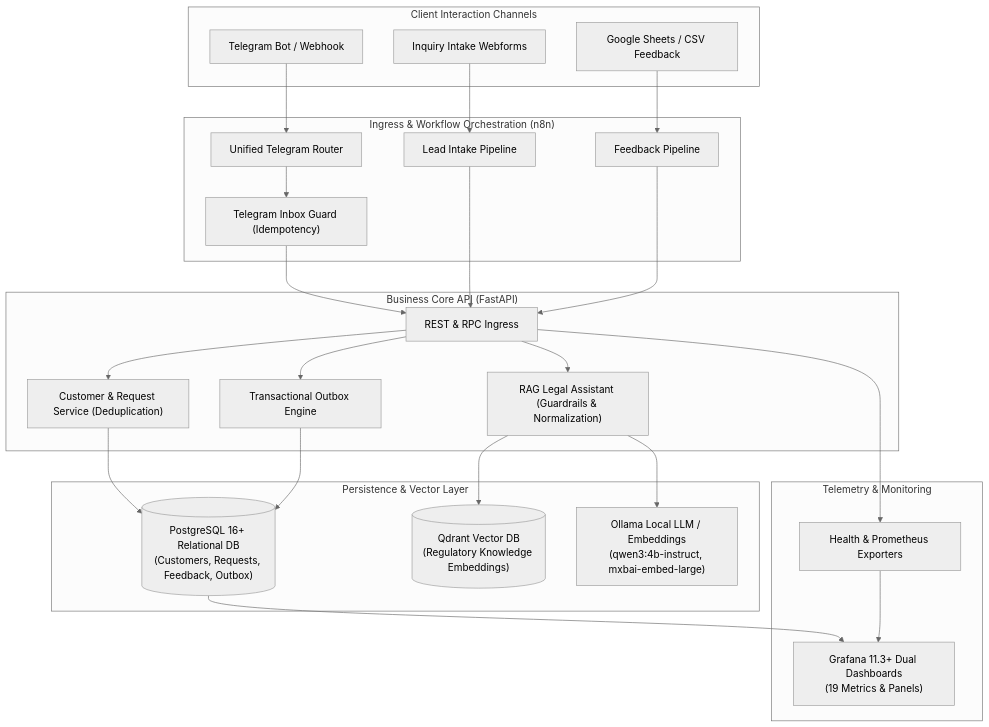
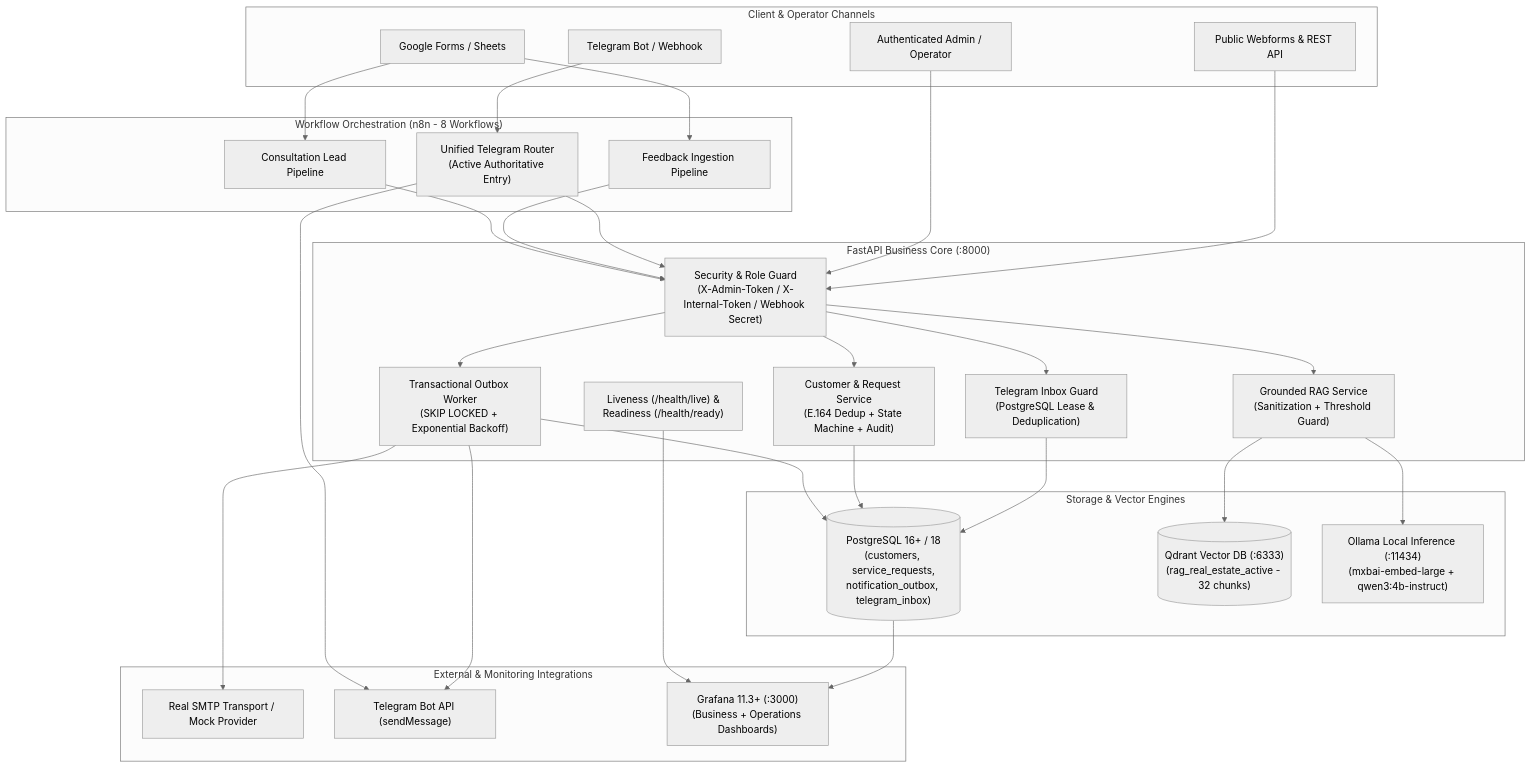
Before and after one commit to Eclipse-XS/rentkom-smart-enterprise: the diagram in README.md, drawn with Mermaid (neutral theme). The commit also changed other lines of this file and 21 other files, not shown here.

Commit message:
feat(ops): add readiness probe, PostgreSQL backup/restore verification, multi-stage CI, and audit reports

````diff
--- a/README.md
+++ b/README.md
@@ -35,53 +40,63 @@
 ```mermaid
 flowchart TD
-    subgraph Channels["Client Interaction Channels"]
+    subgraph Channels["Client & Operator Channels"]
         TG["Telegram Bot / Webhook"]
-        WEB["Inquiry Intake Webforms"]
-        SHEETS["Google Sheets / CSV Feedback"]
+        WEB["Public Webforms & REST API"]
+        SHEETS["Google Forms / Sheets"]
+        ADMIN["Authenticated Admin / Operator"]
     end
 
-    subgraph Ingress["Ingress & Workflow Orchestration (n8n)"]
-        UR["Unified Telegram Router"]
-        GUARD["Telegram Inbox Guard (Idempotency)"]
-        FBF["Feedback Pipeline"]
-        FORMS["Lead Intake Pipeline"]
+    subgraph Orchestration["Workflow Orchestration (n8n - 8 Workflows)"]
+        UR["Unified Telegram Router\n(Active Authoritative Entry)"]
+        FBF["Feedback Ingestion Pipeline"]
+        INTAKE["Consultation Lead Pipeline"]
     end
 
-    subgraph Core["Business Core API (FastAPI)"]
-        API["REST & RPC Ingress"]
-        REQ_SVC["Customer & Request Service (Deduplication)"]
-        OUT_SVC["Transactional Outbox Engine"]
-        RAG_SVC["RAG Legal Assistant (Guardrails & Normalization)"]
+    subgraph Core["FastAPI Business Core (:8000)"]
+        SEC["Security & Role Guard\n(X-Admin-Token / X-Internal-Token / Webhook Secret)"]
+        INBOX["Telegram Inbox Guard\n(PostgreSQL Lease & Deduplication)"]
+        REQ_SVC["Customer & Request Service\n(E.164 Dedup + State Machine + Audit)"]
+        OUT_SVC["Transactional Outbox Worker\n(SKIP LOCKED + Exponential Backoff)"]
+        RAG_SVC["Grounded RAG Service\n(Sanitization + Threshold Guard)"]
+        HEALTH["Liveness (/health/live) &\nReadiness (/health/ready)"]
     end
 
-    subgraph Storage["Persistence & Vector Layer"]
-        PG[("PostgreSQL 16+ Relational DB\n(Customers, Requests, Feedback, Outbox)")]
-        QDRANT[("Qdrant Vector DB\n(Regulatory Knowledge Embeddings)")]
-        OLLAMA["Ollama Local LLM / Embeddings\n(qwen3:4b-instruct, mxbai-embed-large)"]
+    subgraph Persistence["Storage & Vector Engines"]
+        PG[("PostgreSQL 16+ / 18\n(customers, service_requests,\nnotification_outbox, telegram_inbox)")]
+        QDRANT[("Qdrant Vector DB (:6333)\n(rag_real_estate_active - 32 chunks)")]
+        OLLAMA["Ollama Local Inference (:11434)\n(mxbai-embed-large + qwen3:4b-instruct)"]
     end
 
-    subgraph Observability["Telemetry & Monitoring"]
-        GRAFANA["Grafana 11.3+ Dual Dashboards\n(19 Metrics & Panels)"]
-        PROM["Health & Prometheus Exporters"]
+    subgraph Delivery["External & Monitoring Integrations"]
+        SMTP["Real SMTP Transport / Mock Provider"]
+        TG_API["Telegram Bot API (sendMessage)"]
+        GRAFANA["Grafana 11.3+ (:3000)\n(Business + Operations Dashboards)"]
     end
 
     TG --> UR
-    UR --> GUARD
-    GUARD --> API
-    WEB --> FORMS
-    FORMS --> API
     SHEETS --> FBF
-    FBF --> API
+    SHEETS --> INTAKE
+    WEB --> SEC
+    ADMIN --> SEC
+    UR --> SEC
+    FBF --> SEC
+    INTAKE --> SEC
 
-    API --> REQ_SVC
-    API --> OUT_SVC
-    API --> RAG_SVC
+    SEC --> INBOX
+    SEC --> REQ_SVC
+    SEC --> OUT_SVC
+    SEC --> RAG_SVC
 
+    INBOX --> PG
     REQ_SVC --> PG
     OUT_SVC --> PG
+    OUT_SVC --> SMTP
+    OUT_SVC --> TG_API
+    UR --> TG_API
+
     RAG_SVC --> QDRANT
     RAG_SVC --> OLLAMA
 
     PG --> GRAFANA
-    API --> PROM --> GRAFANA
+    HEALTH --> GRAFANA
 ```
````
